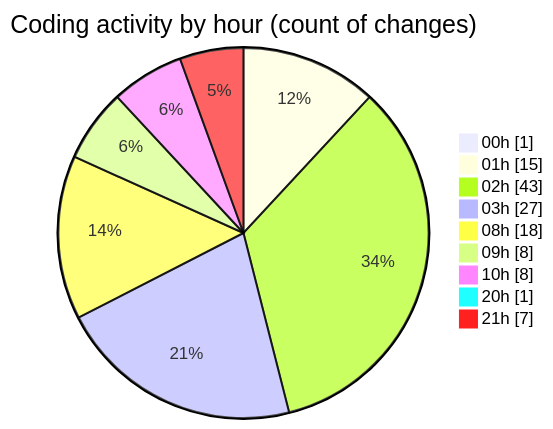
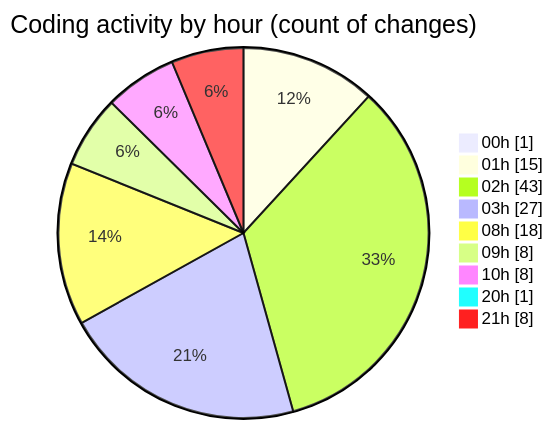
The second of 2 diagrams in 2025-05-01/niten/README.md (Elitesun/code-tracking), drawn with Mermaid before and after one commit. The commit also changed other lines of this file and 1 other file, not shown here.

````diff
--- a/2025-05-01/niten/README.md
+++ b/2025-05-01/niten/README.md
@@ -65,13 +66,13 @@
 ```mermaid
 pie showData
 title Coding activity by hour (count of changes)
 "00h" : 1
 "01h" : 15
 "02h" : 43
 "03h" : 27
 "08h" : 18
 "09h" : 8
 "10h" : 8
 "20h" : 1
-"21h" : 7
+"21h" : 8
 ```
````
